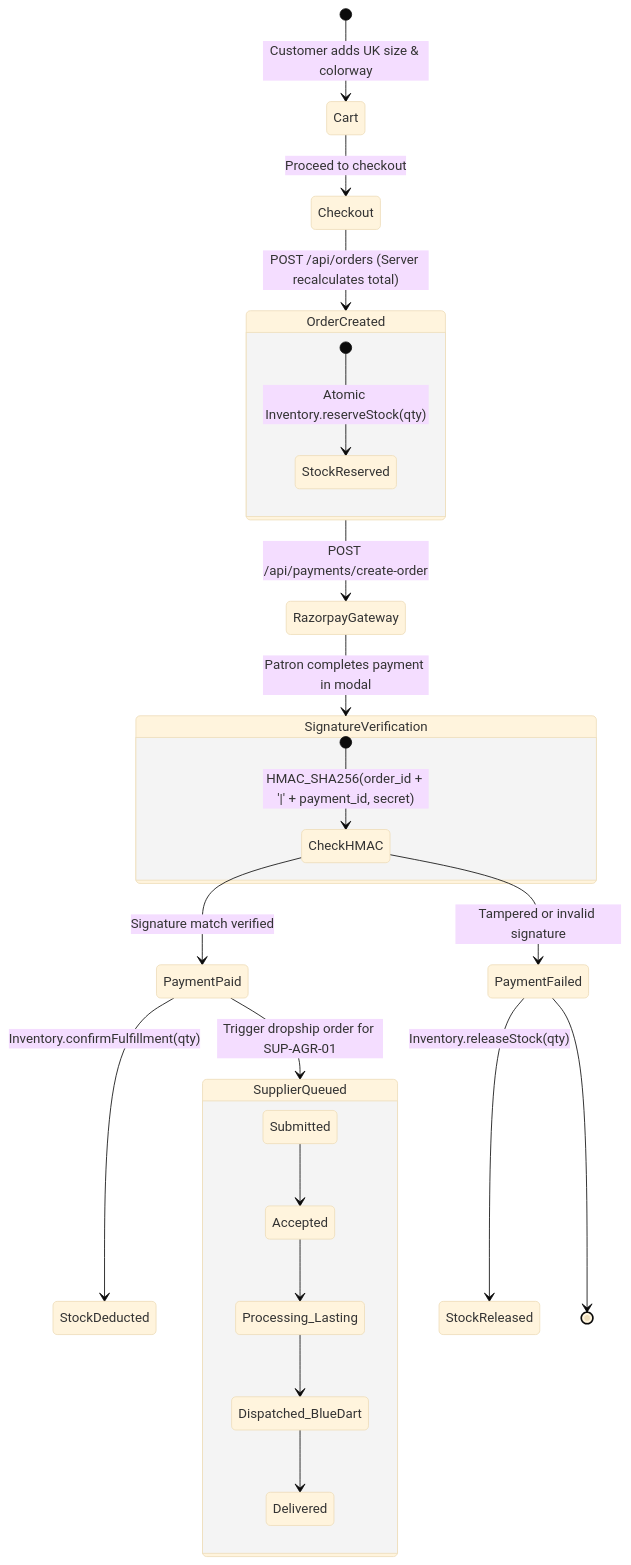
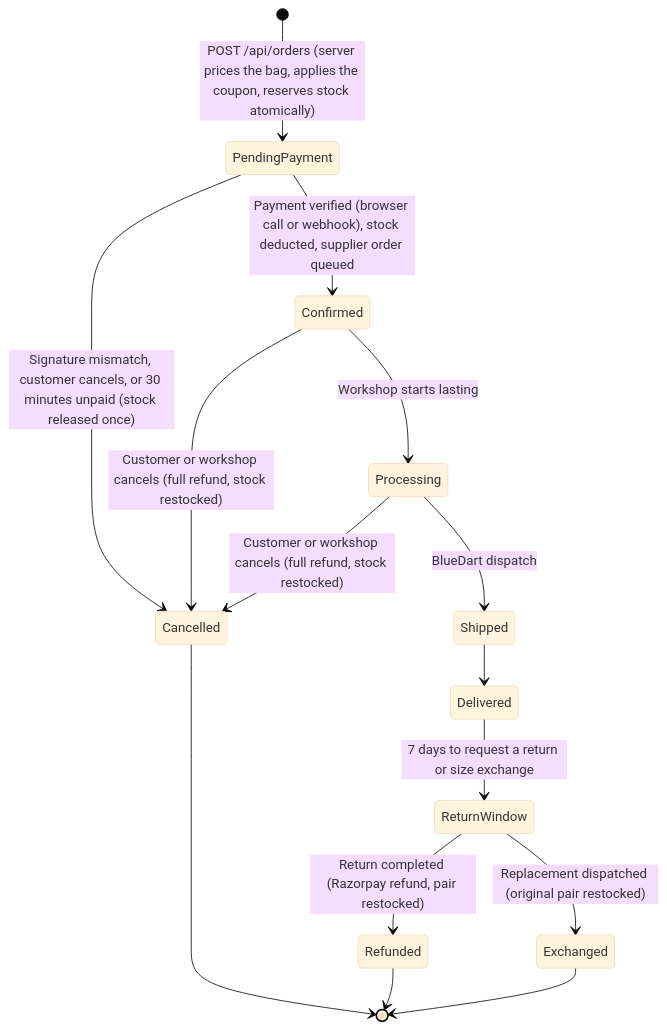
Before and after one commit to zero1cee/footzi: the second of 3 diagrams in README.md, drawn with Mermaid (base theme). The commit also changed other lines of this file and 13 other files, not shown here.

````diff
--- a/README.md
+++ b/README.md
@@ -108,33 +108,20 @@
 ```mermaid
 stateDiagram-v2
-    [*] --> Cart: Customer adds UK size & colorway
-    Cart --> Checkout: Proceed to checkout
-    Checkout --> OrderCreated: POST /api/orders (Server recalculates total)
-    
-    state OrderCreated {
-        [*] --> StockReserved: Atomic Inventory.reserveStock(qty)
-    }
+    [*] --> PendingPayment: POST /api/orders (server prices the bag, applies the coupon, reserves stock atomically)
 
-    OrderCreated --> RazorpayGateway: POST /api/payments/create-order
-    RazorpayGateway --> SignatureVerification: Patron completes payment in modal
-    
-    state SignatureVerification {
-        [*] --> CheckHMAC: HMAC_SHA256(order_id + '|' + payment_id, secret)
-    }
+    PendingPayment --> Confirmed: Payment verified (browser call or webhook), stock deducted, supplier order queued
+    PendingPayment --> Cancelled: Signature mismatch, customer cancels, or 30 minutes unpaid (stock released once)
 
-    CheckHMAC --> PaymentPaid: Signature match verified
-    CheckHMAC --> PaymentFailed: Tampered or invalid signature
-    
-    PaymentFailed --> StockReleased: Inventory.releaseStock(qty)
-    PaymentFailed --> [*]
+    Confirmed --> Processing: Workshop starts lasting
+    Confirmed --> Cancelled: Customer or workshop cancels (full refund, stock restocked)
+    Processing --> Shipped: BlueDart dispatch
+    Processing --> Cancelled: Customer or workshop cancels (full refund, stock restocked)
+    Shipped --> Delivered
+    Delivered --> ReturnWindow: 7 days to request a return or size exchange
+    ReturnWindow --> Refunded: Return completed (Razorpay refund, pair restocked)
+    ReturnWindow --> Exchanged: Replacement dispatched (original pair restocked)
 
-    PaymentPaid --> StockDeducted: Inventory.confirmFulfillment(qty)
-    PaymentPaid --> SupplierQueued: Trigger dropship order for SUP-AGR-01
-    
-    state SupplierQueued {
-        Submitted --> Accepted
-        Accepted --> Processing_Lasting
-        Processing_Lasting --> Dispatched_BlueDart
-        Dispatched_BlueDart --> Delivered
-    }
+    Cancelled --> [*]
+    Refunded --> [*]
+    Exchanged --> [*]
 ```
````
